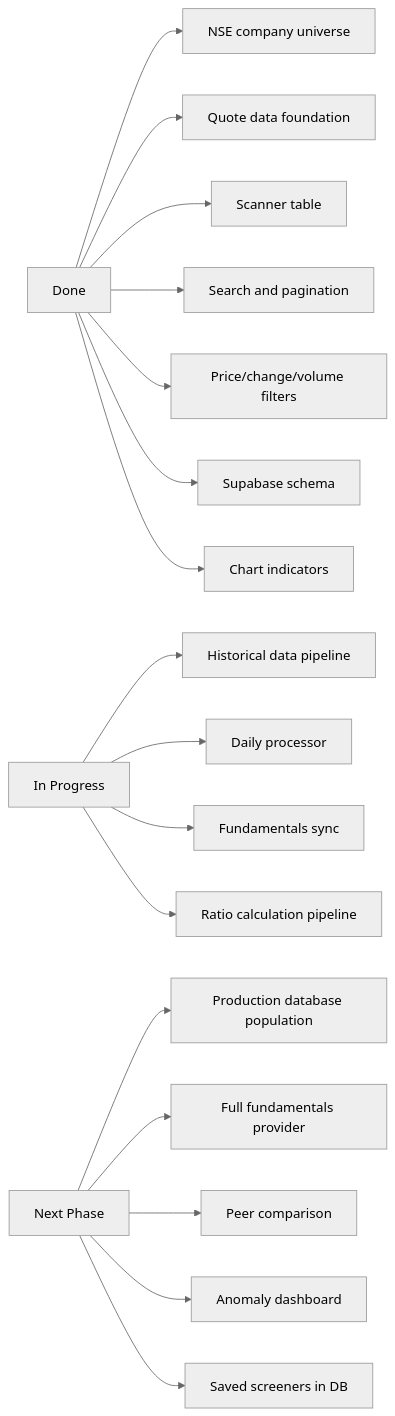
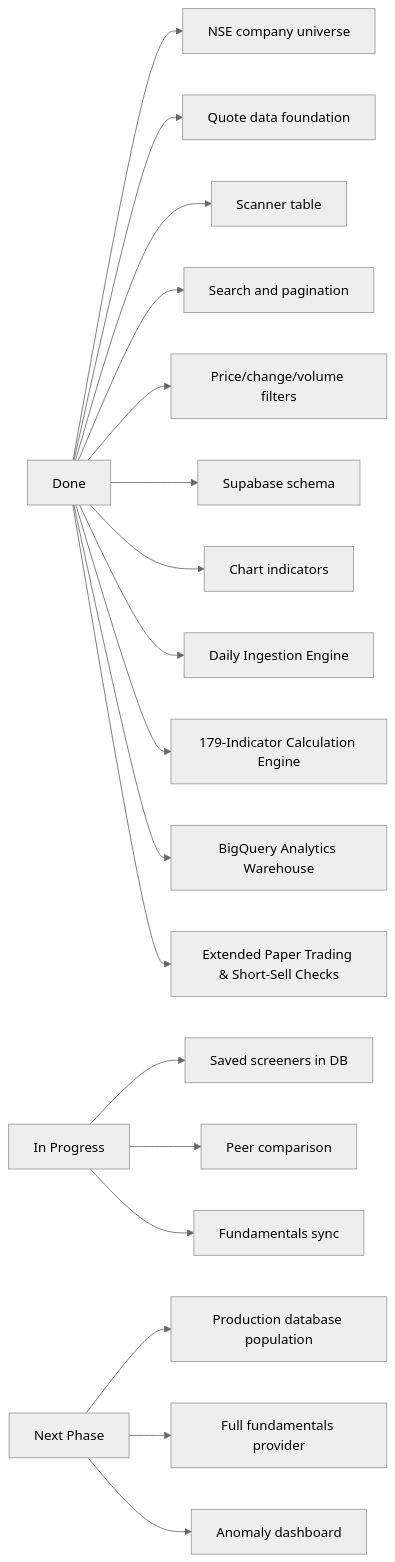
The fifth of 5 diagrams in README.md (tanmay-alpha/MAET), drawn with Mermaid (neutral theme) before and after one commit. The commit also changed other lines of this file and 3 other files, not shown here.

Commit message:
docs & security: update README.md and apply second-round security fixes for SSRF, short-selling, and BigQuery

````diff
--- a/README.md
+++ b/README.md
@@ -613,21 +678,22 @@
 ```mermaid
 flowchart LR
     A[Done] --> A1[NSE company universe]
     A --> A2[Quote data foundation]
     A --> A3[Scanner table]
     A --> A4[Search and pagination]
     A --> A5[Price/change/volume filters]
     A --> A6[Supabase schema]
     A --> A7[Chart indicators]
+    A --> A8[Daily Ingestion Engine]
+    A --> A9[179-Indicator Calculation Engine]
+    A --> A10[BigQuery Analytics Warehouse]
+    A --> A11[Extended Paper Trading & Short-Sell Checks]
 
-    B[In Progress] --> B1[Historical data pipeline]
-    B --> B2[Daily processor]
+    B[In Progress] --> B1[Saved screeners in DB]
+    B --> B2[Peer comparison]
     B --> B3[Fundamentals sync]
-    B --> B4[Ratio calculation pipeline]
 
     C[Next Phase] --> C1[Production database population]
     C --> C2[Full fundamentals provider]
-    C --> C3[Peer comparison]
-    C --> C4[Anomaly dashboard]
-    C --> C5[Saved screeners in DB]
+    C --> C3[Anomaly dashboard]
 ```
````
